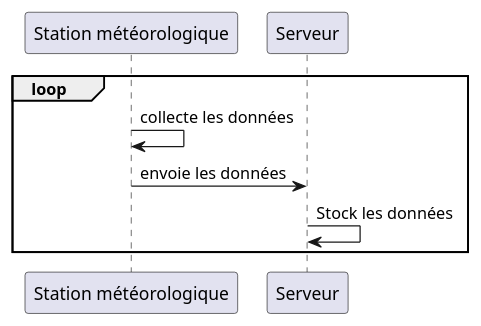
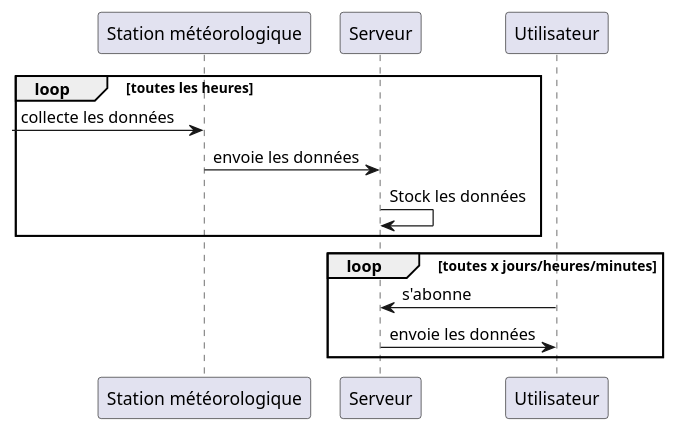
One commit to Stonks-Life-Inc/AirAlert changed the diagram in sequenceDiagram.puml. Above: the diagram before and after it, drawn with PlantUML.

Commit message:
Init commit sequence diagram
Init commit sequence diagram

```diff
--- a/sequenceDiagram.puml
+++ b/sequenceDiagram.puml
@@ -1,7 +1,11 @@
 @startuml
-    loop 
-    "Station météorologique" -> "Station météorologique" : collecte les données
-    "Station météorologique" -> Serveur : envoie les données
-    Serveur  -> Serveur  : Stock les données
+    loop toutes les heures
+        [-> "Station météorologique" : collecte les données
+        "Station météorologique" -> Serveur : envoie les données
+        Serveur  -> Serveur  : Stock les données
+    end
+    loop toutes x jours/heures/minutes
+        "Utilisateur" -> "Serveur" : s'abonne
+        "Serveur" -> "Utilisateur" : envoie les données
     end
 @enduml
```
